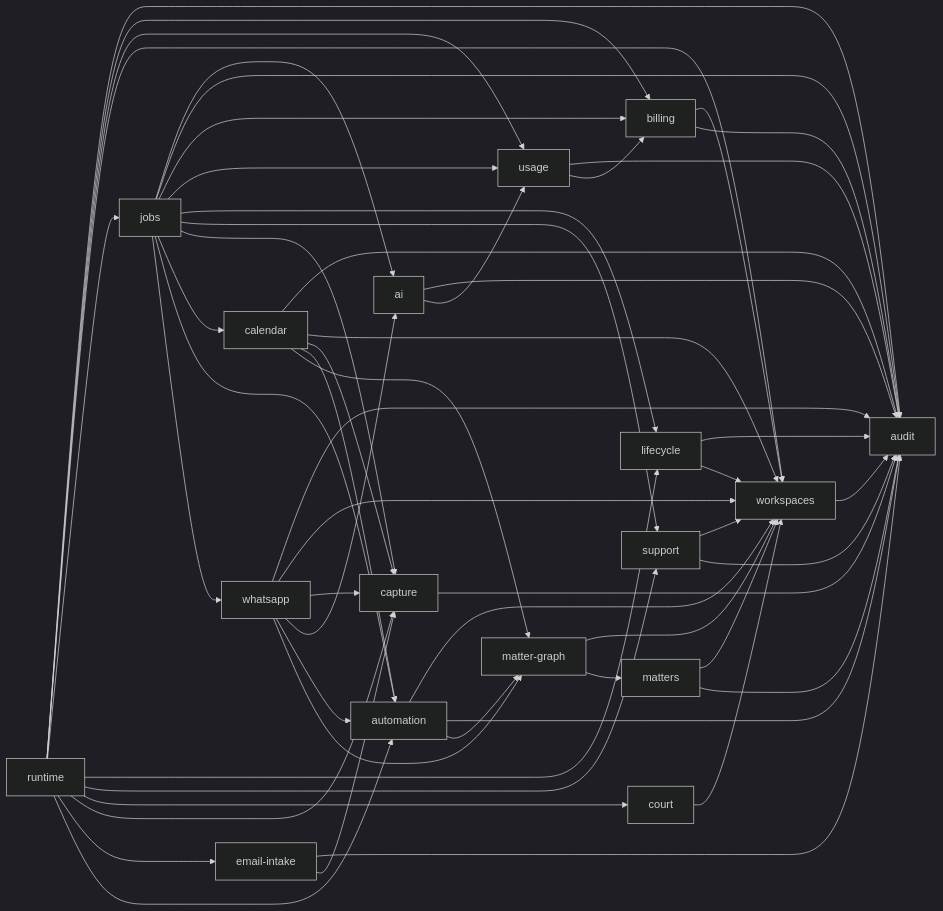
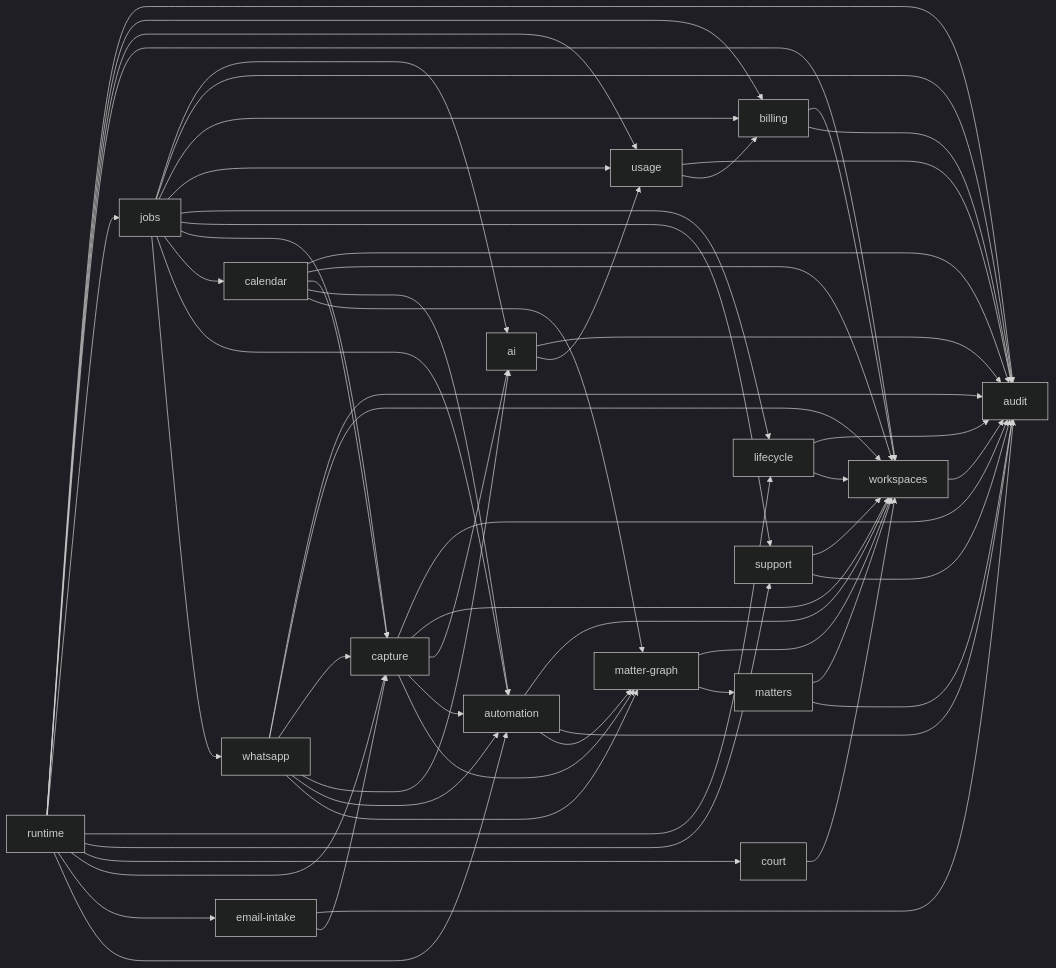
Before and after one commit to RapierCraftStudios/causedeck: the diagram in docs/engineering/core-domains.md, drawn with Mermaid (dark theme). The commit also changed other lines of this file and 251 other files, not shown here.

````diff
--- a/docs/engineering/core-domains.md
+++ b/docs/engineering/core-domains.md
@@ -64,57 +64,61 @@
 ```mermaid
 graph LR
   workspaces --> audit
   matters --> workspaces
   matters --> audit
   court --> workspaces
   matter-graph --> workspaces
   matter-graph --> matters
   automation --> workspaces
   automation --> audit
   automation --> matter-graph
   billing --> workspaces
   billing --> audit
   usage --> audit
   usage --> billing
   ai --> audit
   ai --> usage
   lifecycle --> audit
   lifecycle --> workspaces
   support --> workspaces
   support --> audit
   capture --> audit
+  capture --> workspaces
+  capture --> ai
+  capture --> automation
+  capture --> matter-graph
   email-intake --> audit
   email-intake --> capture
   jobs --> ai
   jobs --> audit
   jobs --> billing
   jobs --> usage
   jobs --> lifecycle
   jobs --> support
   jobs --> capture
   jobs --> calendar
   jobs --> automation
   jobs --> whatsapp
   calendar --> audit
   calendar --> workspaces
   calendar --> capture
   calendar --> automation
   calendar --> matter-graph
   whatsapp --> audit
   whatsapp --> workspaces
   whatsapp --> capture
   whatsapp --> ai
   whatsapp --> automation
   whatsapp --> matter-graph
   runtime --> audit
   runtime --> billing
   runtime --> usage
   runtime --> workspaces
   runtime --> jobs
   runtime --> lifecycle
   runtime --> support
   runtime --> court
   runtime --> capture
   runtime --> email-intake
   runtime --> automation
 ```
````
